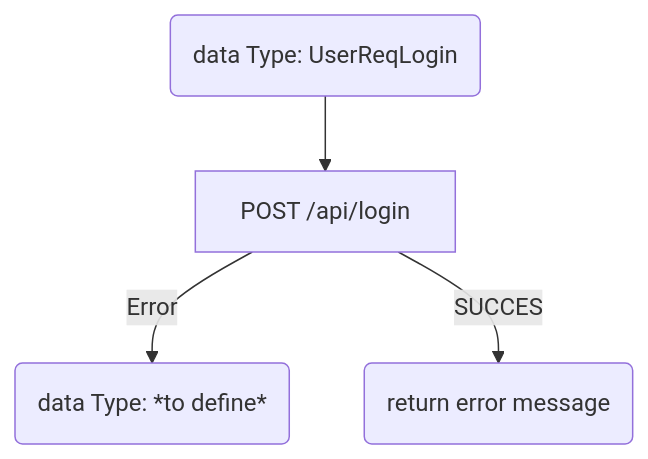
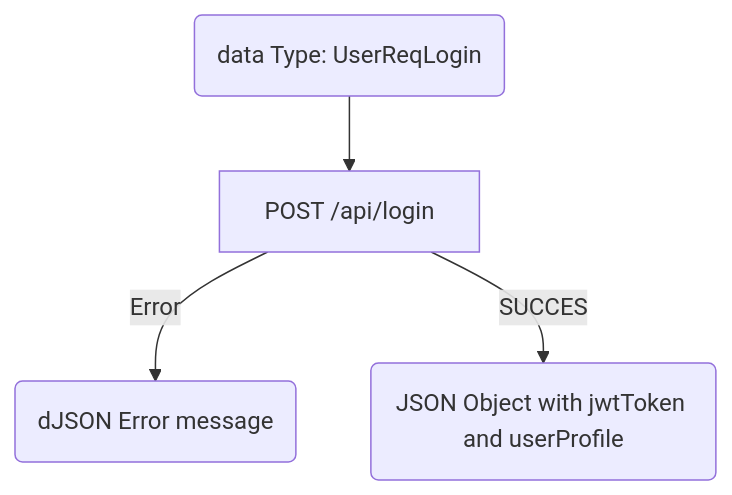
Before and after one commit to hauretax/Matcha_ultra_v2: the third of 6 diagrams in Readme.md, drawn with Mermaid. The commit also changed other lines of this file, not shown here.

````diff
--- a/Readme.md
+++ b/Readme.md
@@ -27,7 +27,7 @@
 ```mermaid
 flowchart TD
     D(data Type: UserReqLogin) -->A
     A[POST /api/login] 
-    A-->|Error| B(data Type: *to define*)
-    A-->|SUCCES| C(return error message)
+    A-->|Error| B(dJSON Error message)
+    A-->|SUCCES| C(JSON Object with jwtToken and userProfile)
 ``` 
````
